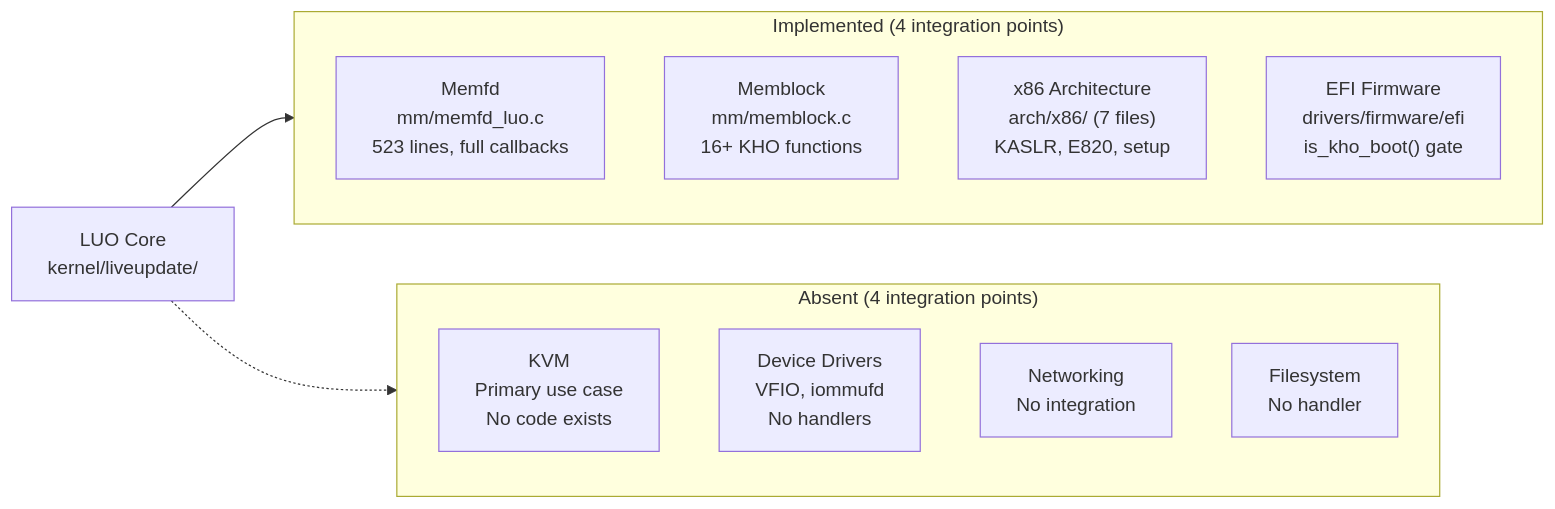
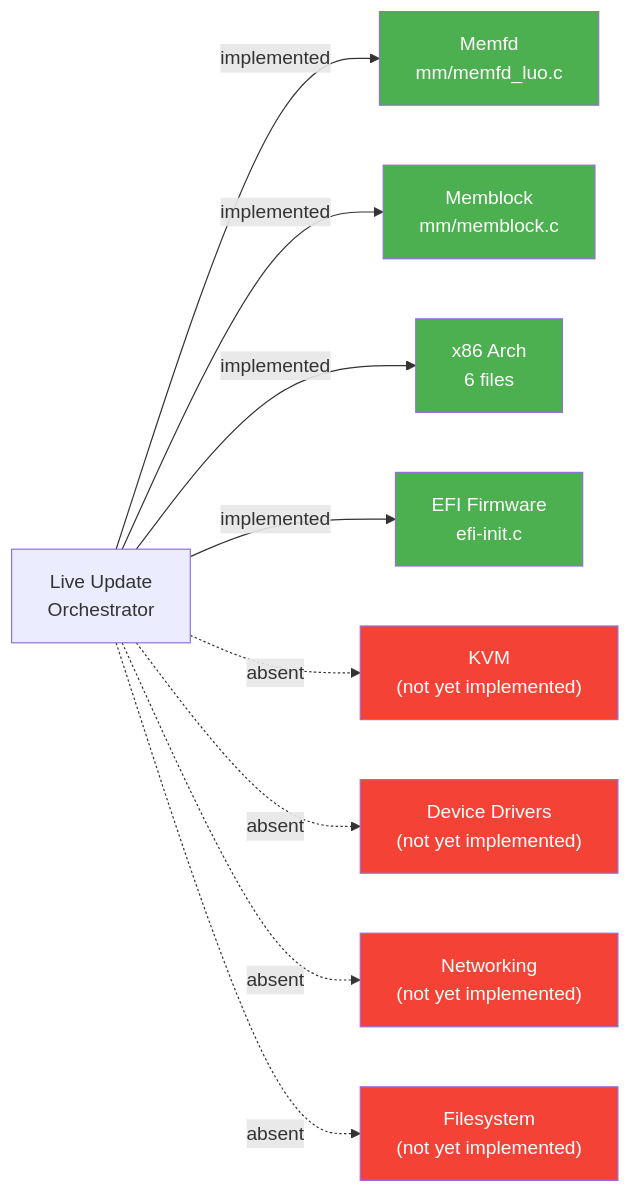
The fourth of 4 diagrams in Documentation/liveupdate/archaeology.md (Blitzy-Sandbox/blitzy-linux), drawn with Mermaid before and after one commit. The commit also changed other lines of this file and 1 other file, not shown here.

First line of the commit message:
feat(F-017): Add Python orchestrator for Live Update archaeological analysis (Directive 8)

````diff
--- a/Documentation/liveupdate/archaeology.md
+++ b/Documentation/liveupdate/archaeology.md
@@ -596,17 +234,20 @@
 ```mermaid
 graph LR
-    subgraph Implemented["Implemented (4 integration points)"]
-        MEMFD["Memfd<br/>mm/memfd_luo.c<br/>523 lines, full callbacks"]
-        MEMBLOCK["Memblock<br/>mm/memblock.c<br/>16+ KHO functions"]
-        X86["x86 Architecture<br/>arch/x86/ (7 files)<br/>KASLR, E820, setup"]
-        EFI["EFI Firmware<br/>drivers/firmware/efi<br/>is_kho_boot() gate"]
-    end
-    subgraph Absent["Absent (4 integration points)"]
-        KVM["KVM<br/>Primary use case<br/>No code exists"]
-        DRIVERS["Device Drivers<br/>VFIO, iommufd<br/>No handlers"]
-        NET["Networking<br/>No integration"]
-        FS["Filesystem<br/>No handler"]
-    end
-    LUO_CORE["LUO Core<br/>kernel/liveupdate/"] --> Implemented
-    LUO_CORE -.-> Absent
+    LUO["Live Update<br/>Orchestrator"]
+    LUO -->|implemented| Memfd["Memfd<br/>mm/memfd_luo.c"]
+    LUO -->|implemented| Memblock["Memblock<br/>mm/memblock.c"]
+    LUO -->|implemented| x86["x86 Arch<br/>6 files"]
+    LUO -->|implemented| EFI["EFI Firmware<br/>efi-init.c"]
+    LUO -.->|absent| KVM["KVM<br/>(not yet implemented)"]
+    LUO -.->|absent| Drivers["Device Drivers<br/>(not yet implemented)"]
+    LUO -.->|absent| Net["Networking<br/>(not yet implemented)"]
+    LUO -.->|absent| FS["Filesystem<br/>(not yet implemented)"]
+    style Memfd fill:#4CAF50,color:#fff
+    style Memblock fill:#4CAF50,color:#fff
+    style x86 fill:#4CAF50,color:#fff
+    style EFI fill:#4CAF50,color:#fff
+    style KVM fill:#F44336,color:#fff
+    style Drivers fill:#F44336,color:#fff
+    style Net fill:#F44336,color:#fff
+    style FS fill:#F44336,color:#fff
 ```
````
